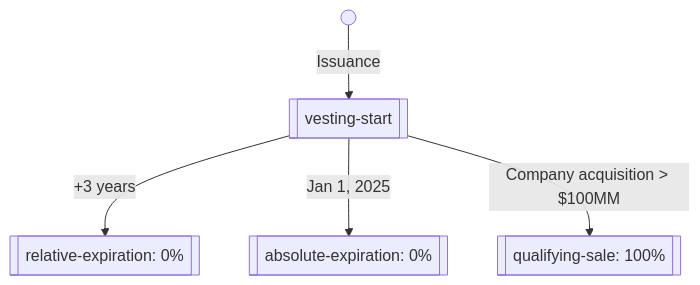
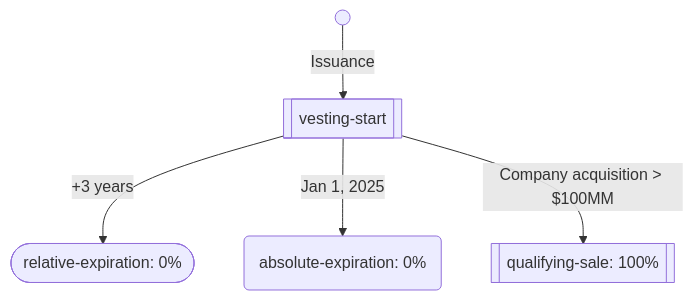
Before and after one commit to Open-Cap-Table-Coalition/Open-Cap-Format-OCF: the second of 3 diagrams in docs/schema_markdown/schema/objects/VestingTerms.md, drawn with Mermaid. The commit also changed other lines of this file and 9 other files, not shown here.

````diff
--- a/docs/schema_markdown/schema/objects/VestingTerms.md
+++ b/docs/schema_markdown/schema/objects/VestingTerms.md
@@ -119,13 +123,13 @@
 ```mermaid
 flowchart TB
   id(( ))
   start[[vesting-start]]
   sold[[qualifying-sale: 100%]]
-  rel[[relative-expiration: 0%]]
-  abs[[absolute-expiration: 0%]]
+  rel([relative-expiration: 0%])
+  abs(absolute-expiration: 0%)
 
   id-->|Issuance|start
   start-->|+3 years|rel
   start-->|Jan 1, 2025|abs
   start-->|Company acquisition > $100MM|sold
 ```
````
